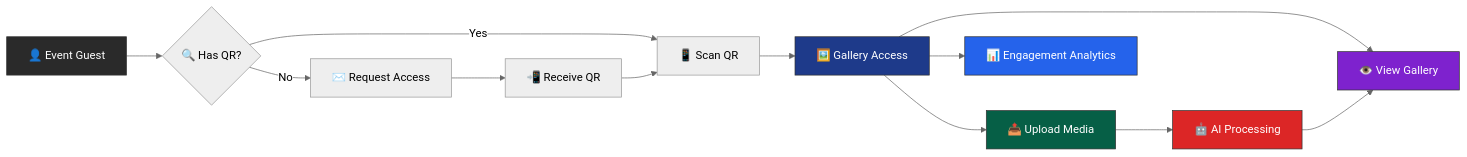
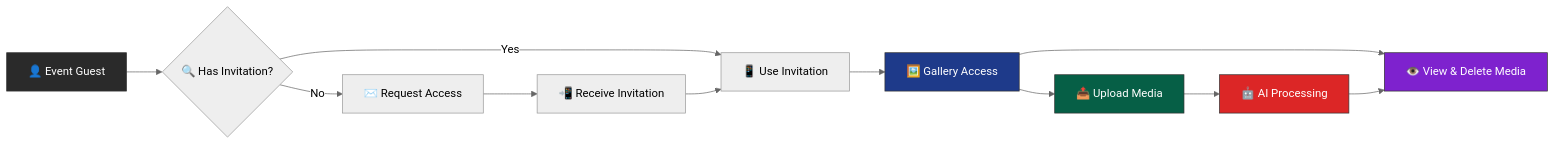
One commit to mrj0nesmtl/cloud-burst changed the second of 3 diagrams in docs/README.md. Above: the diagram before and after it, drawn with Mermaid (neutral theme). The commit also changed other lines of this file and 35 other files, not shown here.

````diff
--- a/docs/README.md
+++ b/docs/README.md
@@ -185,21 +179,19 @@
 ```mermaid
 graph LR
-    A["👤 Event Guest"] --> B{"🔍 Has QR?"}
-    B -->|"Yes"| C["📱 Scan QR"]
+    A["👤 Event Guest"] --> B{"🔍 Has Invitation?"}
+    B -->|"Yes"| C["📱 Use Invitation"]
     B -->|"No"| D["✉️ Request Access"]
     C --> E["🖼️ Gallery Access"]
-    D --> F["📲 Receive QR"]
+    D --> F["📲 Receive Invitation"]
     F --> C
     E --> G["📤 Upload Media"]
-    E --> H["👁️ View Gallery"]
+    E --> H["👁️ View & Delete Media"]
     G --> I["🤖 AI Processing"]
     I --> H
-    E --> J["📊 Engagement Analytics"]
     
     style A fill:#2A2A2A,stroke:#333,color:#fff
     style E fill:#1E3A8A,stroke:#333,color:#fff
     style G fill:#065F46,stroke:#333,color:#fff
     style H fill:#7E22CE,stroke:#333,color:#fff
     style I fill:#DC2626,stroke:#333,color:#fff
-    style J fill:#2563EB,stroke:#333,color:#fff
 ```
````
